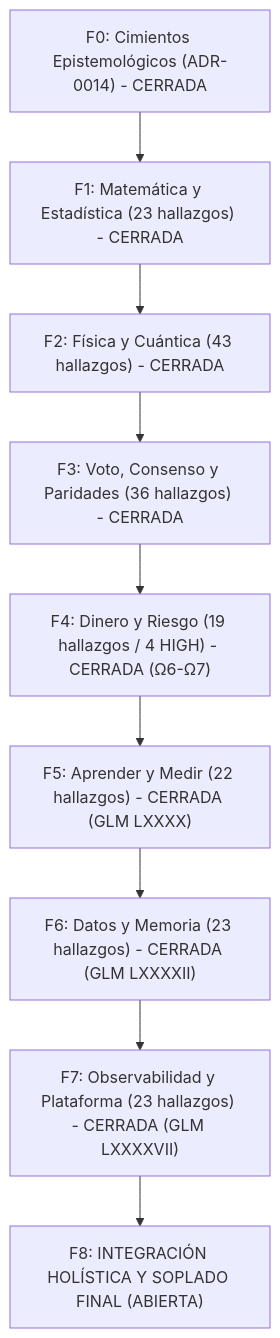
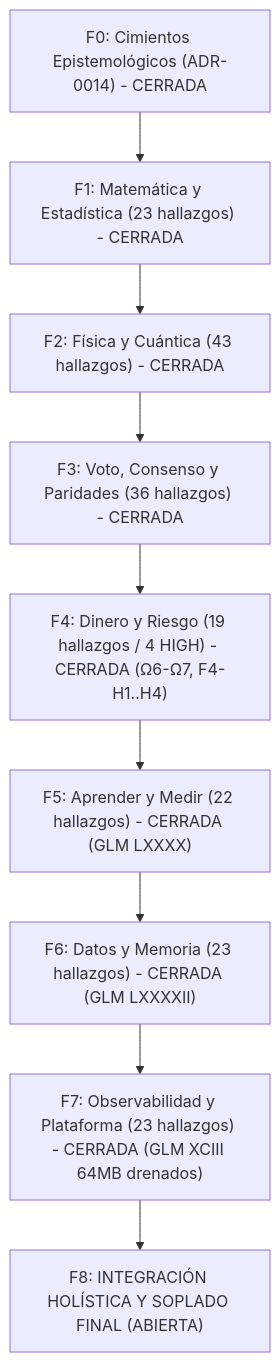
One commit to Jhona-la/Trader-Gemini changed the diagram in docs/PLAN_MAESTRO_QUANT_SR_2026-10-05.md. Above: the diagram before and after it, drawn with Mermaid. The commit also changed other lines of this file, not shown here.

Commit message:
docs(PLAN): sincronizacion viva del Plan Maestro Cuantico Espectral (Ronda 2: 5/5 HIGH y 6/15 MED cerrados)

````diff
--- a/docs/PLAN_MAESTRO_QUANT_SR_2026-10-05.md
+++ b/docs/PLAN_MAESTRO_QUANT_SR_2026-10-05.md
@@ -114,11 +125,11 @@
 ```mermaid
 graph TD
     F0["F0: Cimientos Epistemológicos (ADR-0014) - CERRADA"] --> F1["F1: Matemática y Estadística (23 hallazgos) - CERRADA"]
     F1 --> F2["F2: Física y Cuántica (43 hallazgos) - CERRADA"]
     F2 --> F3["F3: Voto, Consenso y Paridades (36 hallazgos) - CERRADA"]
-    F3 --> F4["F4: Dinero y Riesgo (19 hallazgos / 4 HIGH) - CERRADA (Ω6-Ω7)"]
+    F3 --> F4["F4: Dinero y Riesgo (19 hallazgos / 4 HIGH) - CERRADA (Ω6-Ω7, F4-H1..H4)"]
     F4 --> F5["F5: Aprender y Medir (22 hallazgos) - CERRADA (GLM LXXXX)"]
     F5 --> F6["F6: Datos y Memoria (23 hallazgos) - CERRADA (GLM LXXXXII)"]
-    F6 --> F7["F7: Observabilidad y Plataforma (23 hallazgos) - CERRADA (GLM LXXXXVII)"]
+    F6 --> F7["F7: Observabilidad y Plataforma (23 hallazgos) - CERRADA (GLM XCIII 64MB drenados)"]
     F7 --> F8["F8: INTEGRACIÓN HOLÍSTICA Y SOPLADO FINAL (ABIERTA)"]
 ```
````
